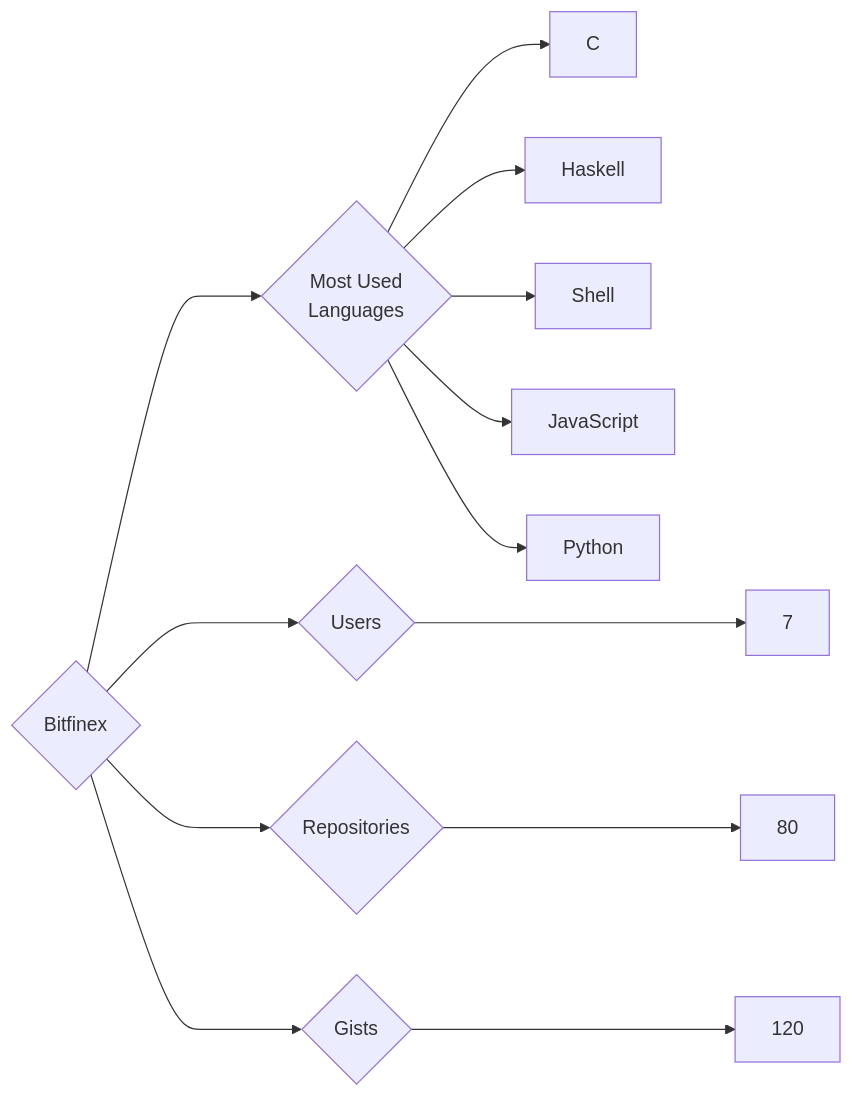
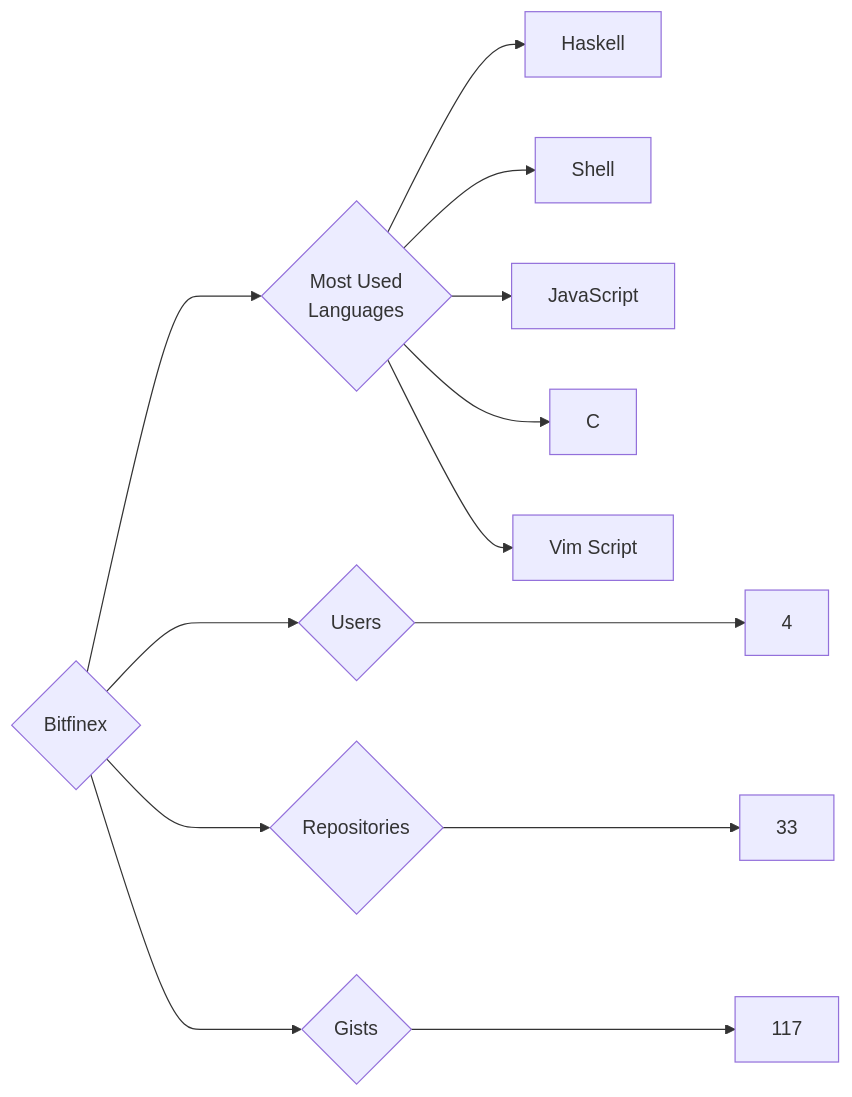
The diagram in targets/Bitfinex/README.md (trickest/insiders), drawn with Mermaid before and after one commit. The commit also changed 1055 other files, not shown here.

````diff
--- a/targets/Bitfinex/README.md
+++ b/targets/Bitfinex/README.md
@@ -3,13 +3,13 @@
 ```mermaid
 graph LR
 COMPANY_NAME{Bitfinex}
-COMPANY_NAME ---> U{Users} ---> UN[7]
-COMPANY_NAME ---> R{Repositories} ---> RN[80]
-COMPANY_NAME ---> G{Gists} ---> GN[120]
+COMPANY_NAME ---> U{Users} ---> UN[4]
+COMPANY_NAME ---> R{Repositories} ---> RN[33]
+COMPANY_NAME ---> G{Gists} ---> GN[117]
 COMPANY_NAME ---> ML{Most Used<br>Languages}
-ML --> C[C]
 ML --> Haskell[Haskell]
 ML --> Shell[Shell]
 ML --> JavaScript[JavaScript]
-ML --> Python[Python]
+ML --> C[C]
+ML --> Vim_Script[Vim Script]
 ```
````
